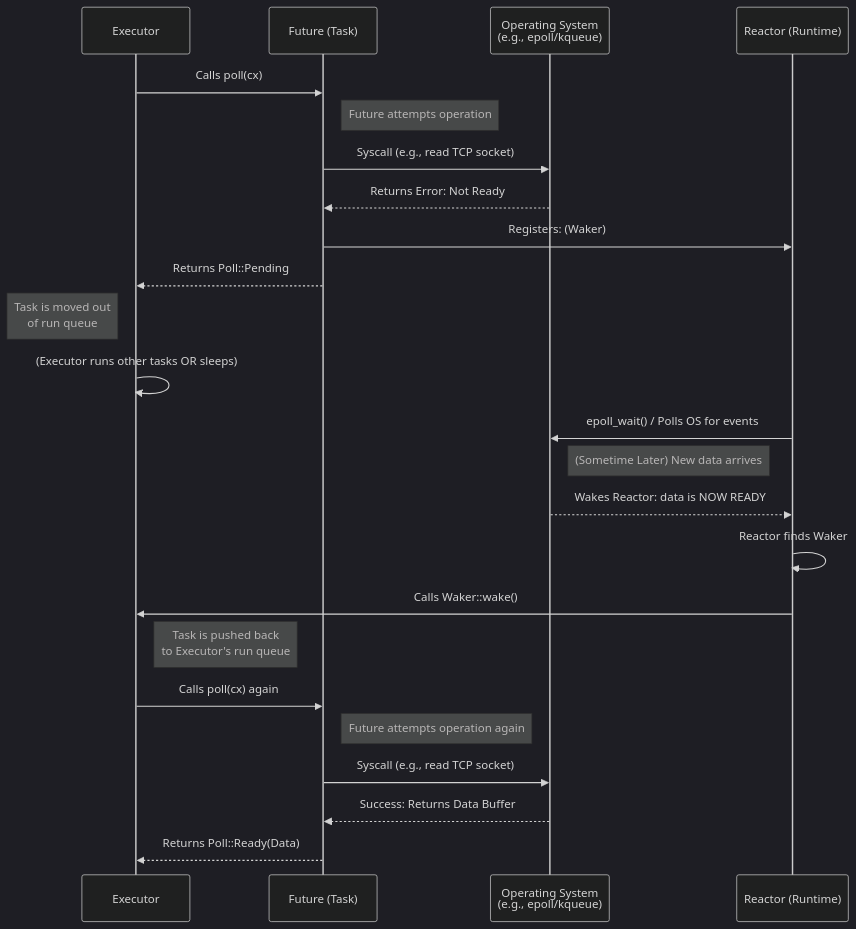
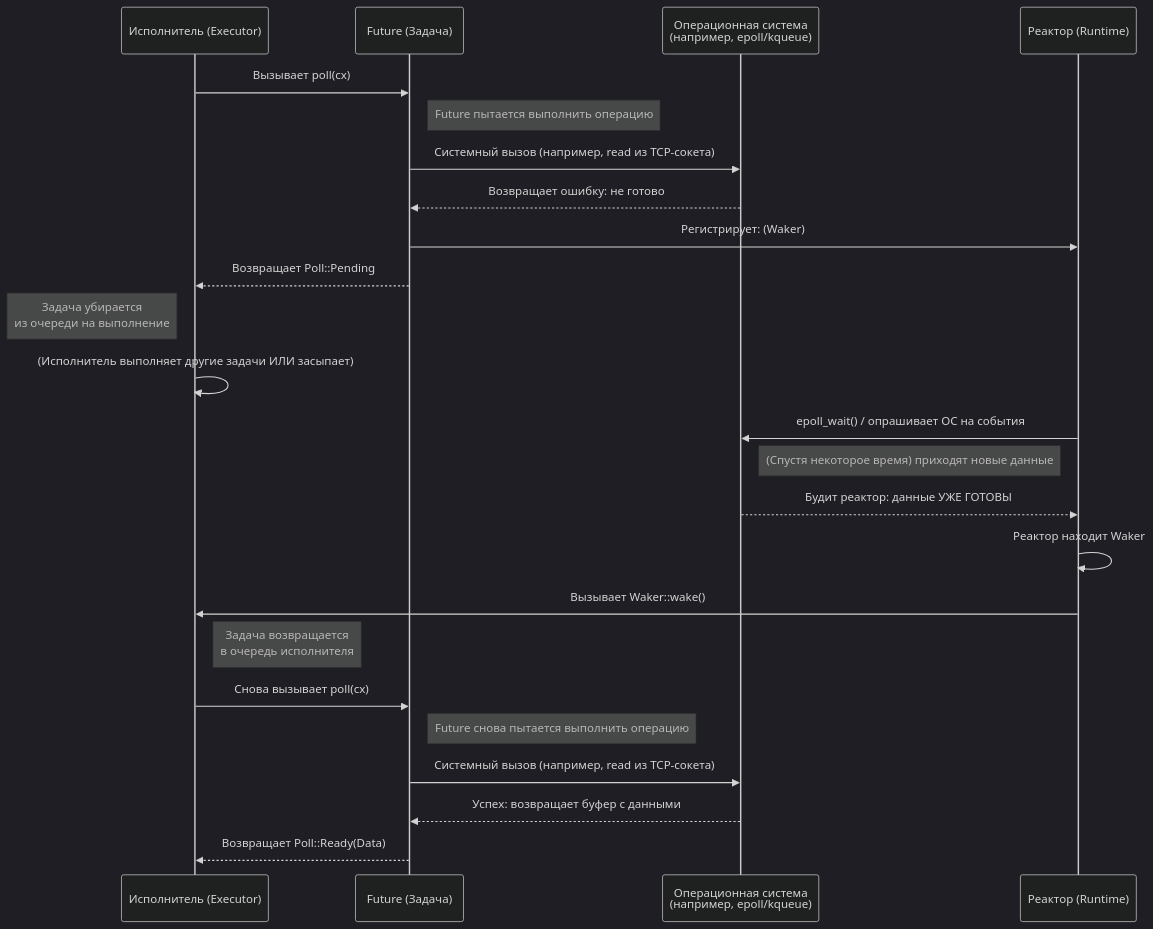
Before and after one commit to r007/RustTraining-Rus: the diagram in async-book/src/ch02-the-future-trait.md, drawn with Mermaid (dark theme). The commit also changed other lines of this file and 10 other files, not shown here.

````diff
--- a/async-book/src/ch02-the-future-trait.md
+++ b/async-book/src/ch02-the-future-trait.md
@@ -30,32 +30,32 @@
 ```mermaid
 sequenceDiagram
-    participant E as Executor
-    participant F as Future (Task)
-    participant OS as Operating System<br/>(e.g., epoll/kqueue)
-    participant R as Reactor (Runtime)
+    participant E as Исполнитель (Executor)
+    participant F as Future (Задача)
+    participant OS as Операционная система<br/>(например, epoll/kqueue)
+    participant R as Реактор (Runtime)
 
-    E->>F: Calls poll(cx)
-    Note right of F: Future attempts operation
-    F->>OS: Syscall (e.g., read TCP socket)
-    OS-->>F: Returns Error: Not Ready
+    E->>F: Вызывает poll(cx)
+    Note right of F: Future пытается выполнить операцию
+    F->>OS: Системный вызов (например, read из TCP-сокета)
+    OS-->>F: Возвращает ошибку: не готово
     
-    F->>R: Registers: (Waker)
-    F-->>E: Returns Poll::Pending
-    Note left of E: Task is moved out<br/>of run queue
+    F->>R: Регистрирует: (Waker)
+    F-->>E: Возвращает Poll::Pending
+    Note left of E: Задача убирается<br/>из очереди на выполнение
 
-    E->>E: (Executor runs other tasks OR sleeps)
-    R->>OS: epoll_wait() / Polls OS for events
+    E->>E: (Исполнитель выполняет другие задачи ИЛИ засыпает)
+    R->>OS: epoll_wait() / опрашивает ОС на события
 
-    Note right of OS: (Sometime Later) New data arrives
-    OS-->>R: Wakes Reactor: data is NOW READY
+    Note right of OS: (Спустя некоторое время) приходят новые данные
+    OS-->>R: Будит реактор: данные УЖЕ ГОТОВЫ
     
-    R->>R: Reactor finds Waker
-    R->>E: Calls Waker::wake()
-    Note right of E: Task is pushed back<br/>to Executor's run queue
+    R->>R: Реактор находит Waker
+    R->>E: Вызывает Waker::wake()
+    Note right of E: Задача возвращается<br/>в очередь исполнителя
 
-    E->>F: Calls poll(cx) again
-    Note right of F: Future attempts operation again
-    F->>OS: Syscall (e.g., read TCP socket)
-    OS-->>F: Success: Returns Data Buffer
-    F-->>E: Returns Poll::Ready(Data)
+    E->>F: Снова вызывает poll(cx)
+    Note right of F: Future снова пытается выполнить операцию
+    F->>OS: Системный вызов (например, read из TCP-сокета)
+    OS-->>F: Успех: возвращает буфер с данными
+    F-->>E: Возвращает Poll::Ready(Data)
 ```
````
